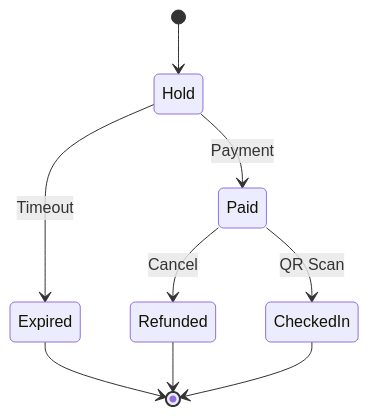
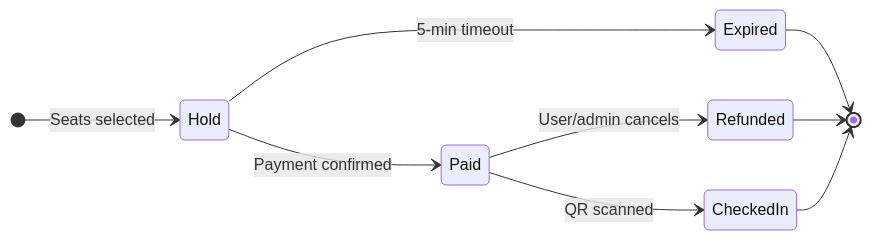
One commit to amal-sajeev/techtrek changed the fifth of 18 diagrams in TechTrek_Documentation.qmd. Above: the diagram before and after it, drawn with Mermaid. The commit also changed other lines of this file and 39 other files, not shown here.

````diff
--- a/TechTrek_Documentation.qmd
+++ b/TechTrek_Documentation.qmd
@@ -119,11 +174,14 @@
 ```{mermaid}
+%%| fig-width: 6.3
+%%| fig-height: 2.5
 stateDiagram-v2
-    [*] --> Hold
-    Hold --> Paid: Payment
-    Hold --> Expired: Timeout
-    Paid --> Refunded: Cancel
-    Paid --> CheckedIn: QR Scan
+    direction LR
+    [*] --> Hold: Seats selected
+    Hold --> Paid: Payment confirmed
+    Hold --> Expired: 5-min timeout
+    Paid --> Refunded: User/admin cancels
+    Paid --> CheckedIn: QR scanned
     Expired --> [*]
     Refunded --> [*]
     CheckedIn --> [*]
 ```
````
